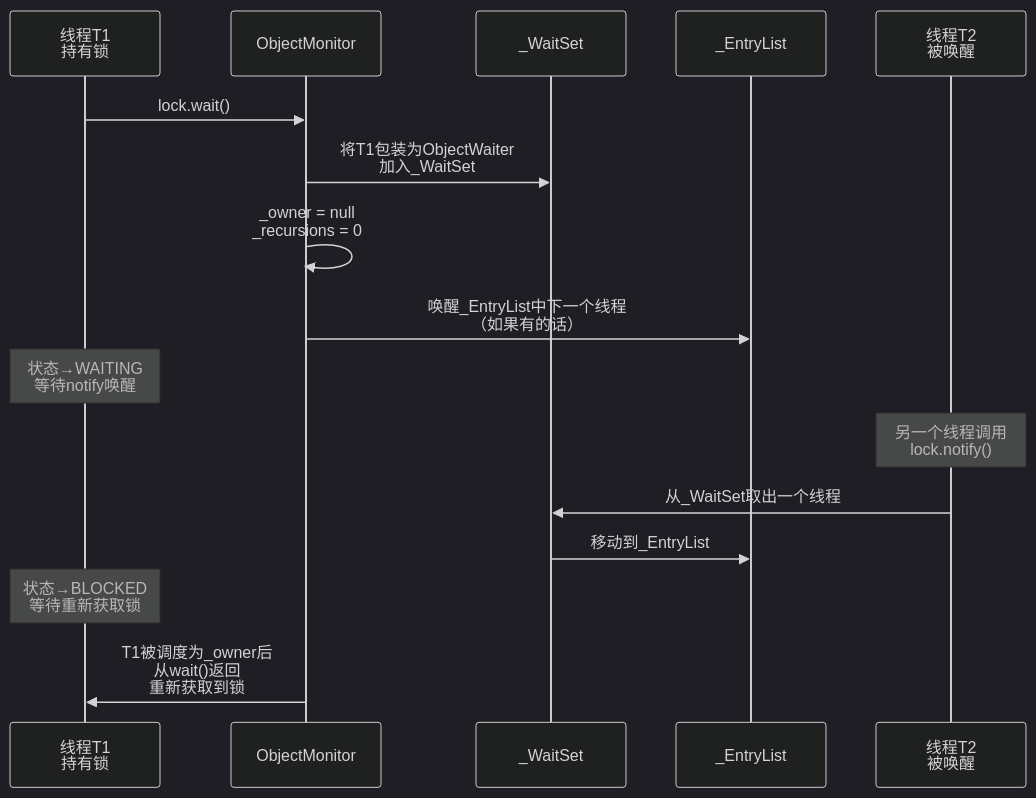
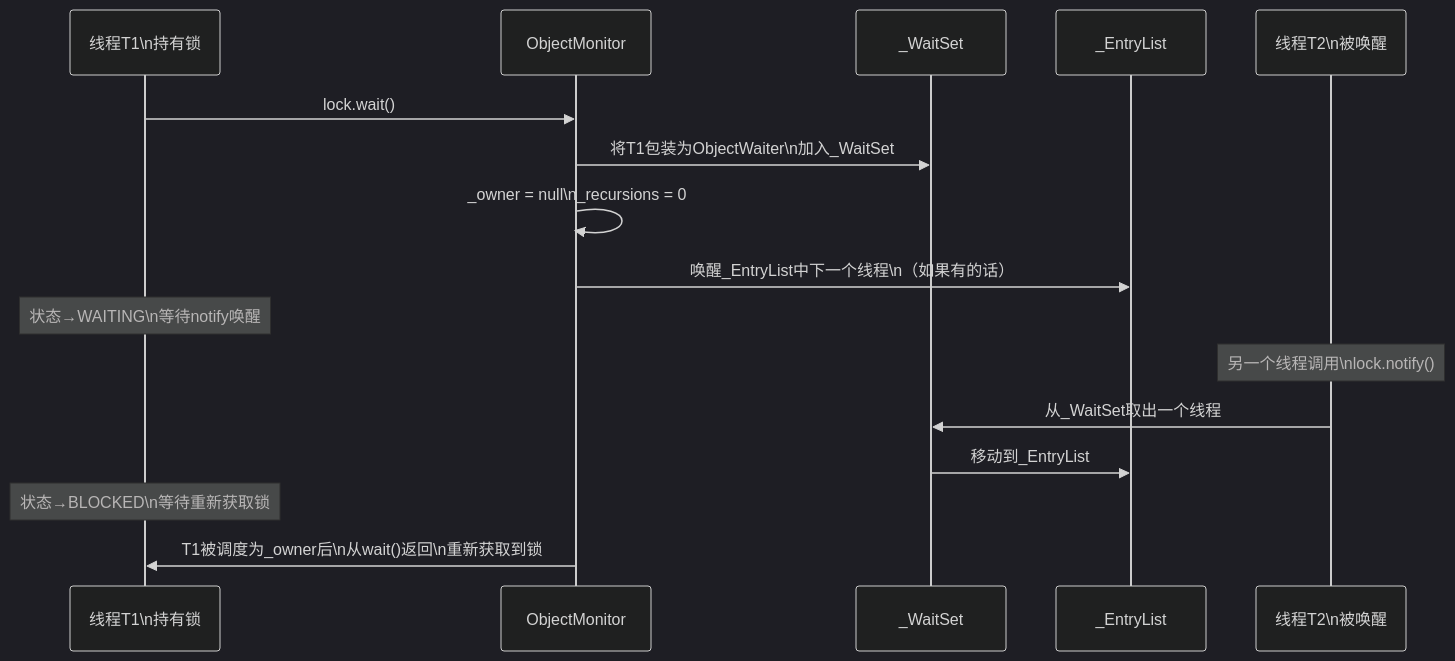
The tenth of 12 diagrams in content/posts/concurrency/SynchronizedLockUpgrade.md (yaocat55/yaocat55.github.io), drawn with Mermaid (dark theme) before and after one commit. The commit also changed other lines of this file and 155 other files, not shown here.

````diff
--- a/content/posts/concurrency/SynchronizedLockUpgrade.md
+++ b/content/posts/concurrency/SynchronizedLockUpgrade.md
@@ -646,21 +678,21 @@
 ```mermaid
 sequenceDiagram
-    participant T1 as 线程T1<br/>持有锁
+    participant T1 as 线程T1\n持有锁
     participant OM as ObjectMonitor
     participant WS as _WaitSet
     participant EL as _EntryList
-    participant T2 as 线程T2<br/>被唤醒
+    participant T2 as 线程T2\n被唤醒
 
     T1->>OM: lock.wait()
-    OM->>WS: 将T1包装为ObjectWaiter<br/>加入_WaitSet
-    OM->>OM: _owner = null<br/>_recursions = 0
-    OM->>EL: 唤醒_EntryList中下一个线程<br/>（如果有的话）
-    Note over T1: 状态→WAITING<br/>等待notify唤醒
+    OM->>WS: 将T1包装为ObjectWaiter\n加入_WaitSet
+    OM->>OM: _owner = null\n_recursions = 0
+    OM->>EL: 唤醒_EntryList中下一个线程\n（如果有的话）
+    Note over T1: 状态→WAITING\n等待notify唤醒
 
-    Note over T2: 另一个线程调用<br/>lock.notify()
+    Note over T2: 另一个线程调用\nlock.notify()
     T2->>WS: 从_WaitSet取出一个线程
     WS->>EL: 移动到_EntryList
-    Note over T1: 状态→BLOCKED<br/>等待重新获取锁
+    Note over T1: 状态→BLOCKED\n等待重新获取锁
 
-    OM->>T1: T1被调度为_owner后<br/>从wait()返回<br/>重新获取到锁
+    OM->>T1: T1被调度为_owner后\n从wait()返回\n重新获取到锁
 ```
````
